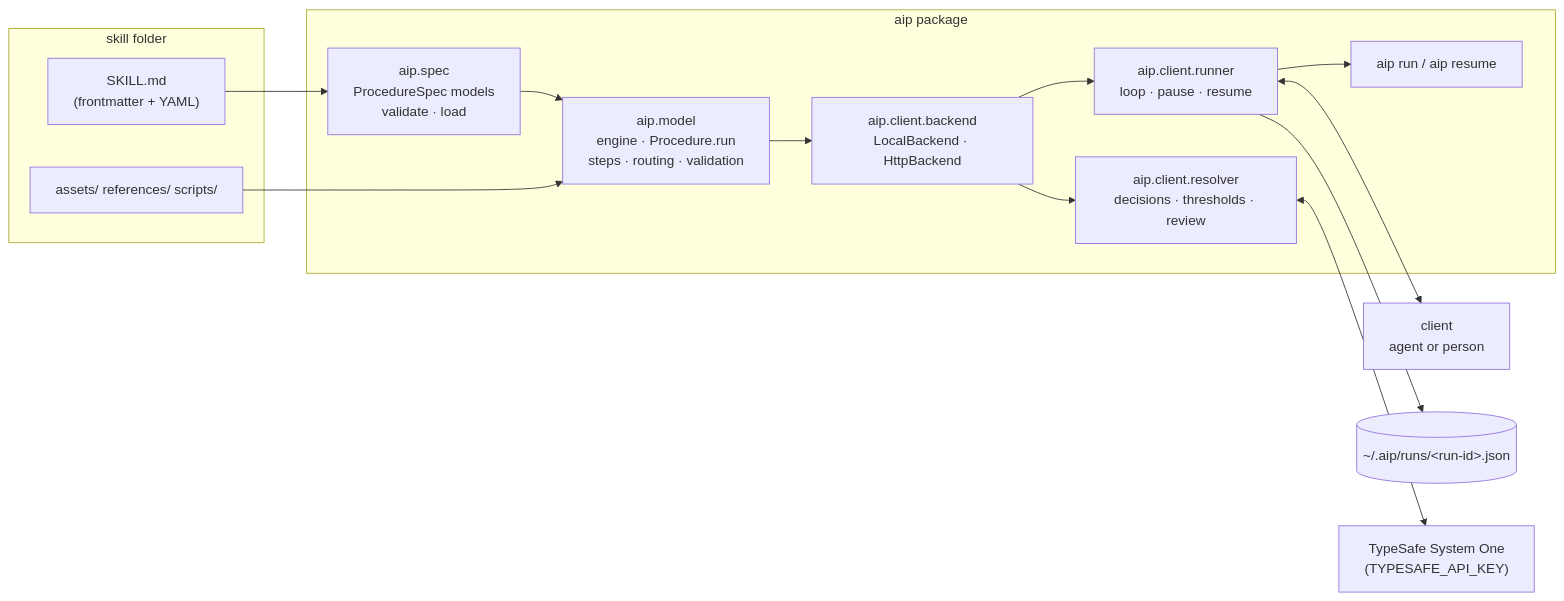
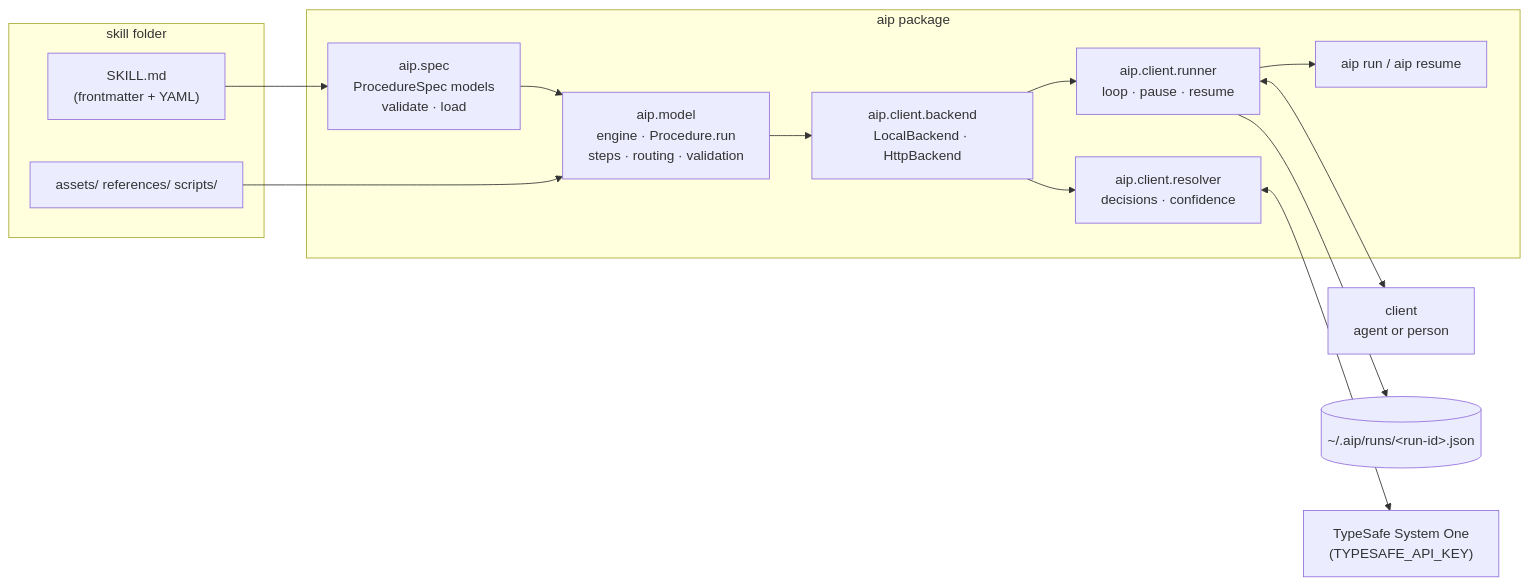
One commit to zach-blumenfeld/aip changed the diagram in docs/running.md. Above: the diagram before and after it, drawn with Mermaid. The commit also changed other lines of this file and 16 other files, not shown here.

````diff
--- a/docs/running.md
+++ b/docs/running.md
@@ -7,25 +7,25 @@
 ```mermaid
 flowchart LR
     subgraph skill["skill folder"]
         md["SKILL.md<br/>(frontmatter + YAML)"]
         res["assets/ references/ scripts/"]
     end
     subgraph aip["aip package"]
         spec["aip.spec<br/>ProcedureSpec models<br/>validate · load"]
         model["aip.model<br/>engine · Procedure.run<br/>steps · routing · validation"]
         backend["aip.client.backend<br/>LocalBackend · HttpBackend"]
-        resolver["aip.client.resolver<br/>decisions · thresholds · review"]
+        resolver["aip.client.resolver<br/>decisions · confidence"]
         runner["aip.client.runner<br/>loop · pause · resume"]
         cli["aip run / aip resume"]
     end
     jev["TypeSafe System One<br/>(TYPESAFE_API_KEY)"]
     client["client<br/>agent or person"]
     runfile[("~/.aip/runs/&lt;run-id&gt;.json")]
 
     md --> spec --> model
     res --> model
     model --> backend --> runner --> cli
     backend --> resolver <--> jev
     runner <--> client
     runner --> runfile
 ```
````
